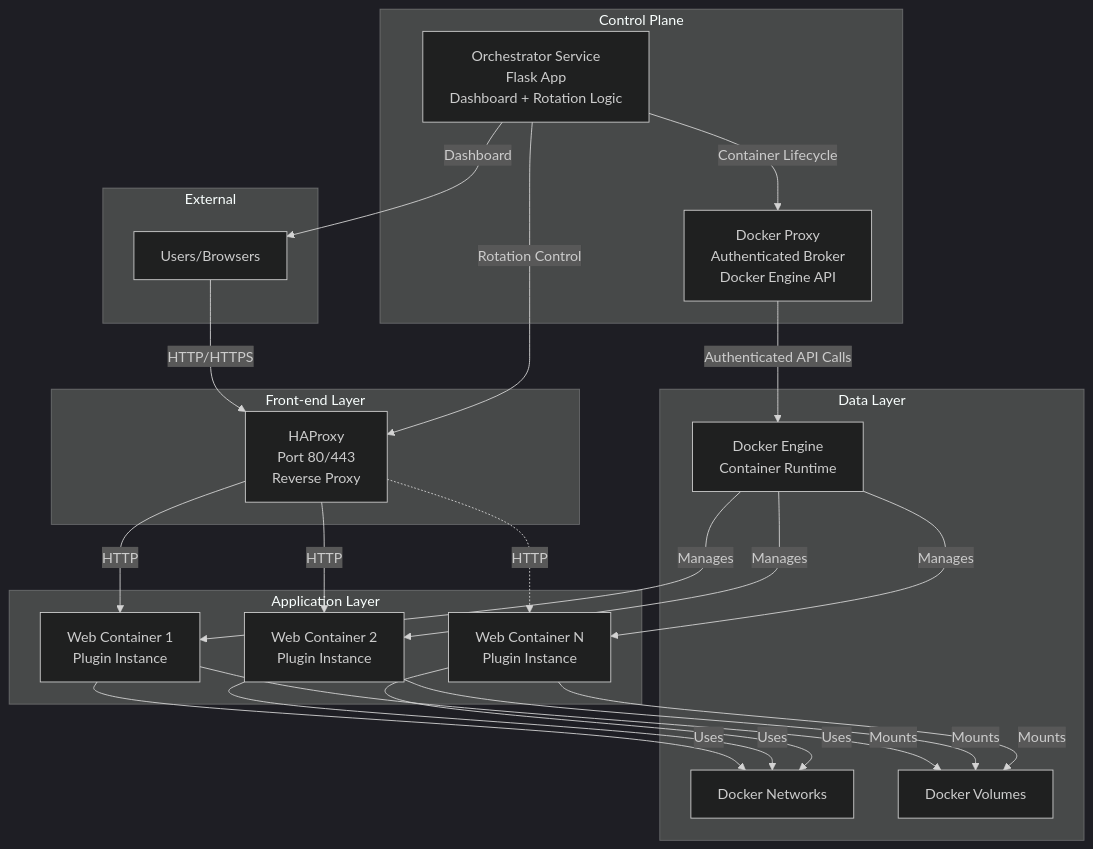
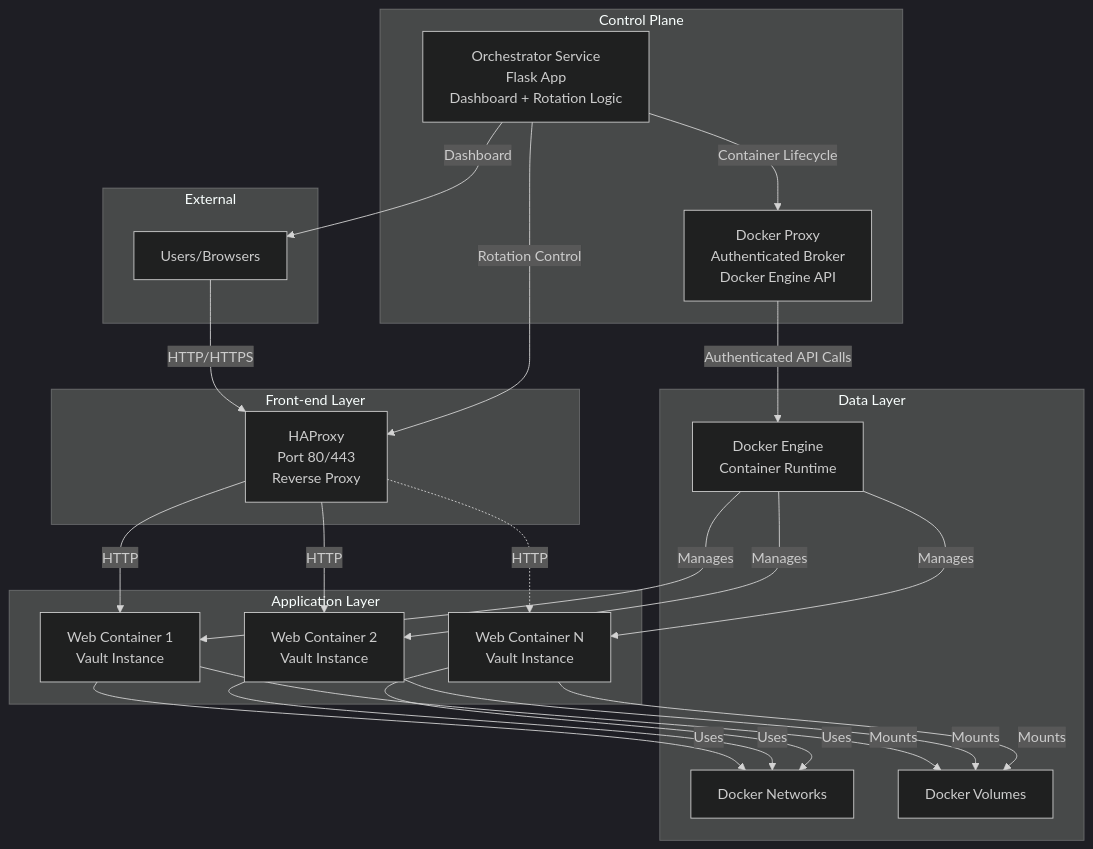
One commit to 3xpyth0n/leyzen-vault changed the first of 4 diagrams in docs/ARCHITECTURE.md. Above: the diagram before and after it, drawn with Mermaid (dark theme). The commit also changed other lines of this file and 71 other files, not shown here.

````diff
--- a/docs/ARCHITECTURE.md
+++ b/docs/ARCHITECTURE.md
@@ -19,49 +19,49 @@
 ```mermaid
 graph TB
     subgraph "External"
         User[Users/Browsers]
     end
 
     subgraph "Front-end Layer"
         HAProxy[HAProxy<br/>Port 80/443<br/>Reverse Proxy]
     end
 
     subgraph "Control Plane"
         Orchestrator[Orchestrator Service<br/>Flask App<br/>Dashboard + Rotation Logic]
         DockerProxy[Docker Proxy<br/>Authenticated Broker<br/>Docker Engine API]
     end
 
     subgraph "Data Layer"
         DockerEngine[Docker Engine<br/>Container Runtime]
         Networks[Docker Networks]
         Volumes[Docker Volumes]
     end
 
     subgraph "Application Layer"
-        Container1[Web Container 1<br/>Plugin Instance]
-        Container2[Web Container 2<br/>Plugin Instance]
-        ContainerN[Web Container N<br/>Plugin Instance]
+        Container1[Web Container 1<br/>Vault Instance]
+        Container2[Web Container 2<br/>Vault Instance]
+        ContainerN[Web Container N<br/>Vault Instance]
     end
 
     User -->|HTTP/HTTPS| HAProxy
     HAProxy -->|HTTP| Container1
     HAProxy -->|HTTP| Container2
     HAProxy -.->|HTTP| ContainerN
 
     Orchestrator -->|Dashboard| User
     Orchestrator -->|Rotation Control| HAProxy
     Orchestrator -->|Container Lifecycle| DockerProxy
 
     DockerProxy -->|Authenticated API Calls| DockerEngine
     DockerEngine -->|Manages| Container1
     DockerEngine -->|Manages| Container2
     DockerEngine -->|Manages| ContainerN
 
     Container1 -->|Uses| Networks
     Container2 -->|Uses| Networks
     ContainerN -->|Uses| Networks
 
     Container1 -->|Mounts| Volumes
     Container2 -->|Mounts| Volumes
     ContainerN -->|Mounts| Volumes
 ```
````
